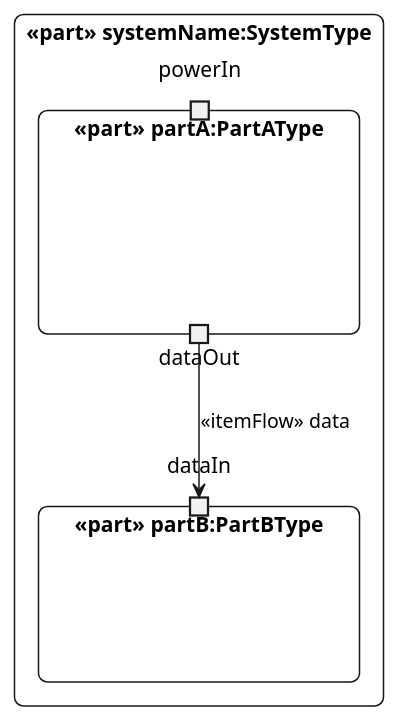
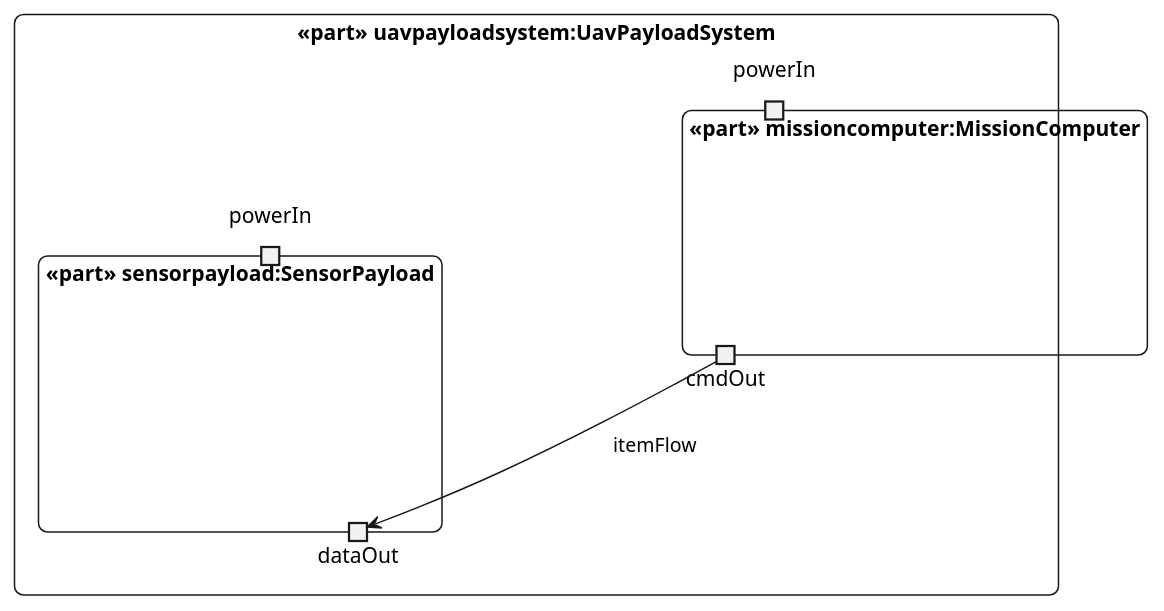
The second of 2 diagrams in .claude/skills/sysml/skill.md (borromeotlhs/sysmlv2), drawn with PlantUML before and after one commit. The commit also changed other lines of this file and 8 other files, not shown here.

````diff
--- a/.claude/skills/sysml/skill.md
+++ b/.claude/skills/sysml/skill.md
@@ -107,25 +317,24 @@
 ```plantuml
 @startuml
 skinparam componentStyle rectangle
 skinparam shadowing false
 skinparam roundcorner 12
 
-' System container with nested components
-component "«part» systemName:SystemType" as SYS {
+component "«part» uavpayloadsystem:UavPayloadSystem" as SYS {
 
-  component "«part» partA:PartAType" as PARTA {
-    portin "powerIn" as PARTA_POWERIN
-    portout "dataOut" as PARTA_DATAOUT
+  component "«part» missioncomputer:MissionComputer" as MC {
+    portout "cmdOut" as MC_CMDOUT
+    portin "powerIn" as MC_POWERIN
   }
 
-  component "«part» partB:PartBType" as PARTB {
-    portin "dataIn" as PARTB_DATAIN
+  component "«part» sensorpayload:SensorPayload" as SP {
+    portout "dataOut" as SP_DATAOUT
+    portin "powerIn" as SP_POWERIN
   }
 
 }
 
-' Connections between port aliases
-PARTA_DATAOUT --> PARTB_DATAIN : «itemFlow» data
+MC_CMDOUT --> SP_DATAOUT : «itemFlow»
 
 @enduml
 ```
````
